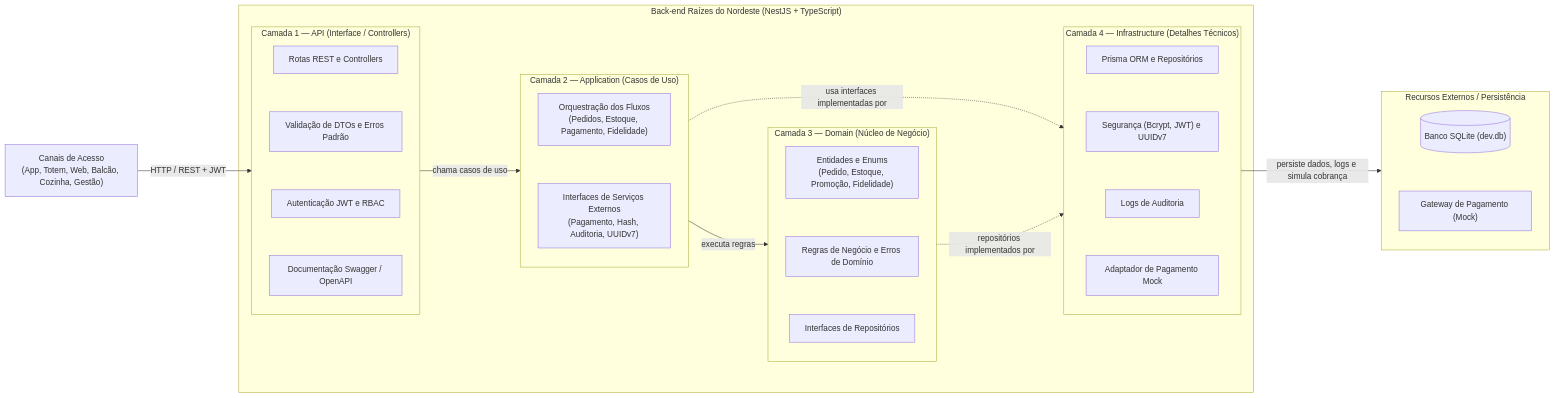
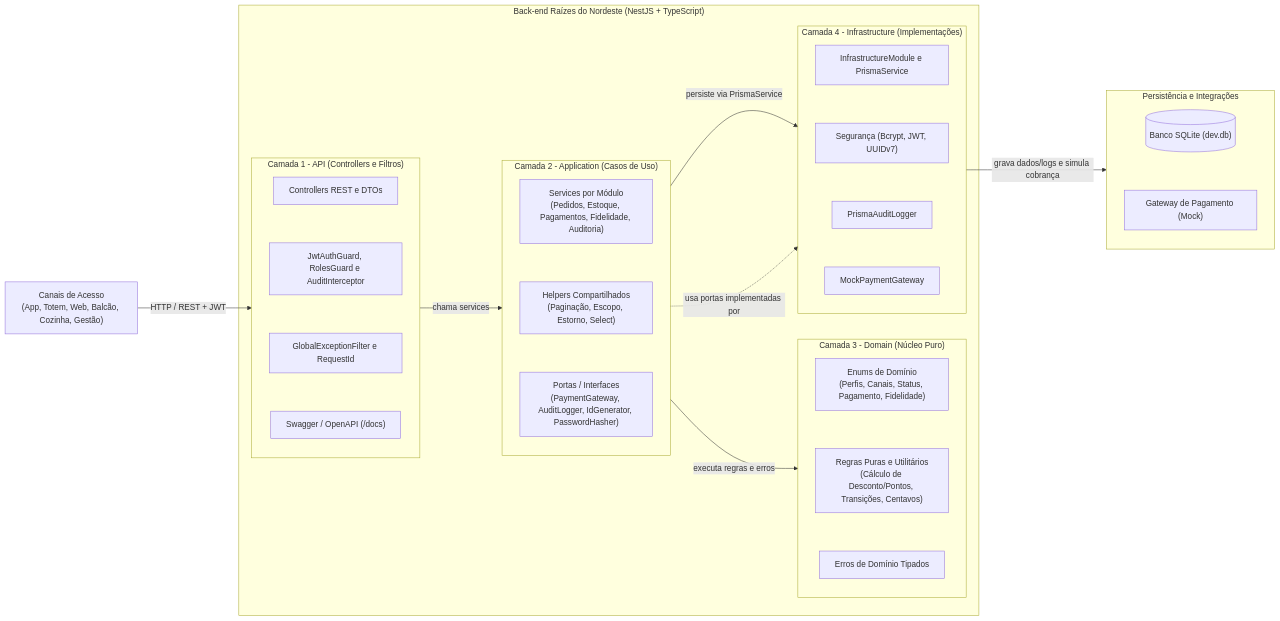
One commit to mmrezende/raizes-nordeste-api changed the diagram in docs/diagrams/architecture.mmd. Above: the diagram before and after it, drawn with Mermaid. The commit also changed 11 other files, not shown here.

Commit message:
docs: consolida documentacao e alinha diagramas a implementacao

```diff
--- a/docs/diagrams/architecture.mmd
+++ b/docs/diagrams/architecture.mmd
@@ -1,36 +1,36 @@
 flowchart LR
   Canais["Canais de Acesso\n(App, Totem, Web, Balcão, Cozinha, Gestão)"]
 
   subgraph Backend["Back-end Raízes do Nordeste (NestJS + TypeScript)"]
-    subgraph CamadaAPI["Camada 1 — API (Interface / Controllers)"]
+    subgraph CamadaAPI["Camada 1 - API (Controllers e Filtros)"]
       direction TB
-      A1["Rotas REST e Controllers"] ~~~ A2["Validação de DTOs e Erros Padrão"] ~~~ A3["Autenticação JWT e RBAC"] ~~~ A4["Documentação Swagger / OpenAPI"]
+      A1["Controllers REST e DTOs"] ~~~ A2["JwtAuthGuard, RolesGuard e AuditInterceptor"] ~~~ A3["GlobalExceptionFilter e RequestId"] ~~~ A4["Swagger / OpenAPI (/docs)"]
     end
 
-    subgraph CamadaApp["Camada 2 — Application (Casos de Uso)"]
+    subgraph CamadaApp["Camada 2 - Application (Casos de Uso)"]
       direction TB
-      B1["Orquestração dos Fluxos\n(Pedidos, Estoque, Pagamento, Fidelidade)"] ~~~ B2["Interfaces de Serviços Externos\n(Pagamento, Hash, Auditoria, UUIDv7)"]
+      B1["Services por Módulo\n(Pedidos, Estoque, Pagamentos, Fidelidade, Auditoria)"] ~~~ B2["Helpers Compartilhados\n(Paginação, Escopo, Estorno, Select)"] ~~~ B3["Portas / Interfaces\n(PaymentGateway, AuditLogger, IdGenerator, PasswordHasher)"]
     end
 
-    subgraph CamadaDomain["Camada 3 — Domain (Núcleo de Negócio)"]
+    subgraph CamadaDomain["Camada 3 - Domain (Núcleo Puro)"]
       direction TB
-      C1["Entidades e Enums\n(Pedido, Estoque, Promoção, Fidelidade)"] ~~~ C2["Regras de Negócio e Erros de Domínio"] ~~~ C3["Interfaces de Repositórios"]
+      C1["Enums de Domínio\n(Perfis, Canais, Status, Pagamento, Fidelidade)"] ~~~ C2["Regras Puras e Utilitários\n(Cálculo de Desconto/Pontos, Transições, Centavos)"] ~~~ C3["Erros de Domínio Tipados"]
     end
 
-    subgraph CamadaInfra["Camada 4 — Infrastructure (Detalhes Técnicos)"]
+    subgraph CamadaInfra["Camada 4 - Infrastructure (Implementações)"]
       direction TB
-      D1["Prisma ORM e Repositórios"] ~~~ D2["Segurança (Bcrypt, JWT) e UUIDv7"] ~~~ D3["Logs de Auditoria"] ~~~ D4["Adaptador de Pagamento Mock"]
+      D1["InfrastructureModule e PrismaService"] ~~~ D2["Segurança (Bcrypt, JWT, UUIDv7)"] ~~~ D3["PrismaAuditLogger"] ~~~ D4["MockPaymentGateway"]
     end
   end
 
-  subgraph Externos["Recursos Externos / Persistência"]
+  subgraph Externos["Persistência e Integrações"]
     direction TB
     DB[("Banco SQLite (dev.db)")] ~~~ Gateway["Gateway de Pagamento (Mock)"]
   end
 
   Canais -->|"HTTP / REST + JWT"| CamadaAPI
-  CamadaAPI -->|"chama casos de uso"| CamadaApp
-  CamadaApp -->|"executa regras"| CamadaDomain
-  CamadaApp -.->|"usa interfaces implementadas por"| CamadaInfra
-  CamadaDomain -.->|"repositórios implementados por"| CamadaInfra
-  CamadaInfra -->|"persiste dados, logs e simula cobrança"| Externos
+  CamadaAPI -->|"chama services"| CamadaApp
+  CamadaApp -->|"executa regras e erros"| CamadaDomain
+  CamadaApp -->|"persiste via PrismaService"| CamadaInfra
+  CamadaApp -.->|"usa portas implementadas por"| CamadaInfra
+  CamadaInfra -->|"grava dados/logs e simula cobrança"| Externos
```
